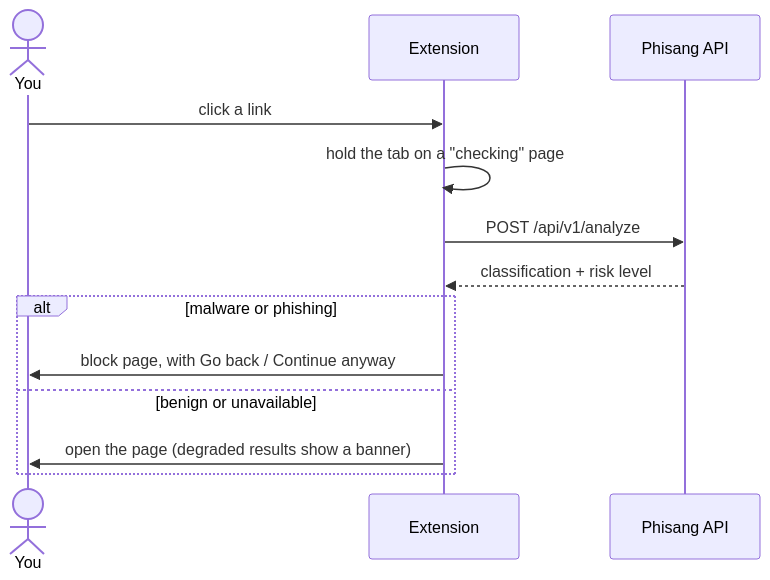
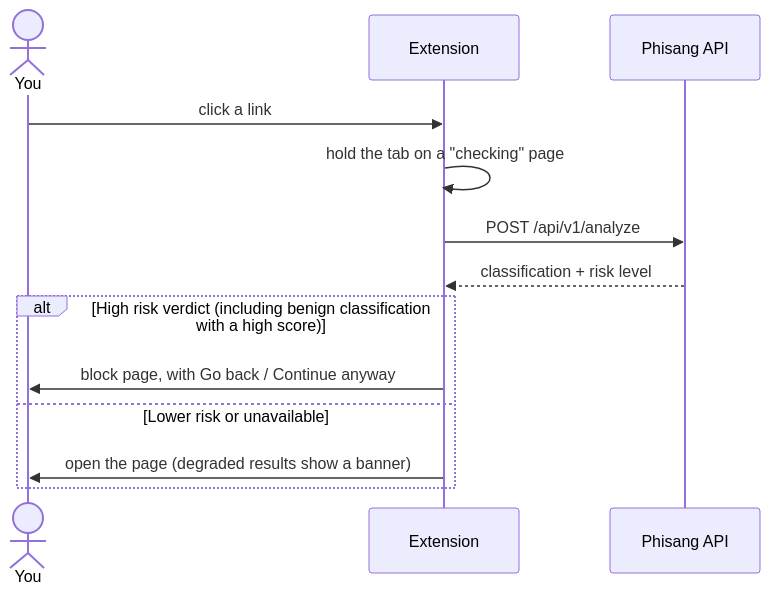
The second of 2 diagrams in README.md (juanariviano/Phisang), drawn with Mermaid before and after one commit. The commit also changed other lines of this file and 9 other files, not shown here.

Commit message:
feat: enhance phishing detection and user notifications with high-risk handling

````diff
--- a/README.md
+++ b/README.md
@@ -71,15 +71,15 @@
 ```mermaid
 sequenceDiagram
     actor You
     participant Ext as Extension
     participant API as Phisang API
     You->>Ext: click a link
     Ext->>Ext: hold the tab on a "checking" page
     Ext->>API: POST /api/v1/analyze
     API-->>Ext: classification + risk level
-    alt malware or phishing
+    alt High risk verdict (including benign classification with a high score)
         Ext->>You: block page, with Go back / Continue anyway
-    else benign or unavailable
+    else Lower risk or unavailable
         Ext->>You: open the page (degraded results show a banner)
     end
 ```
````
